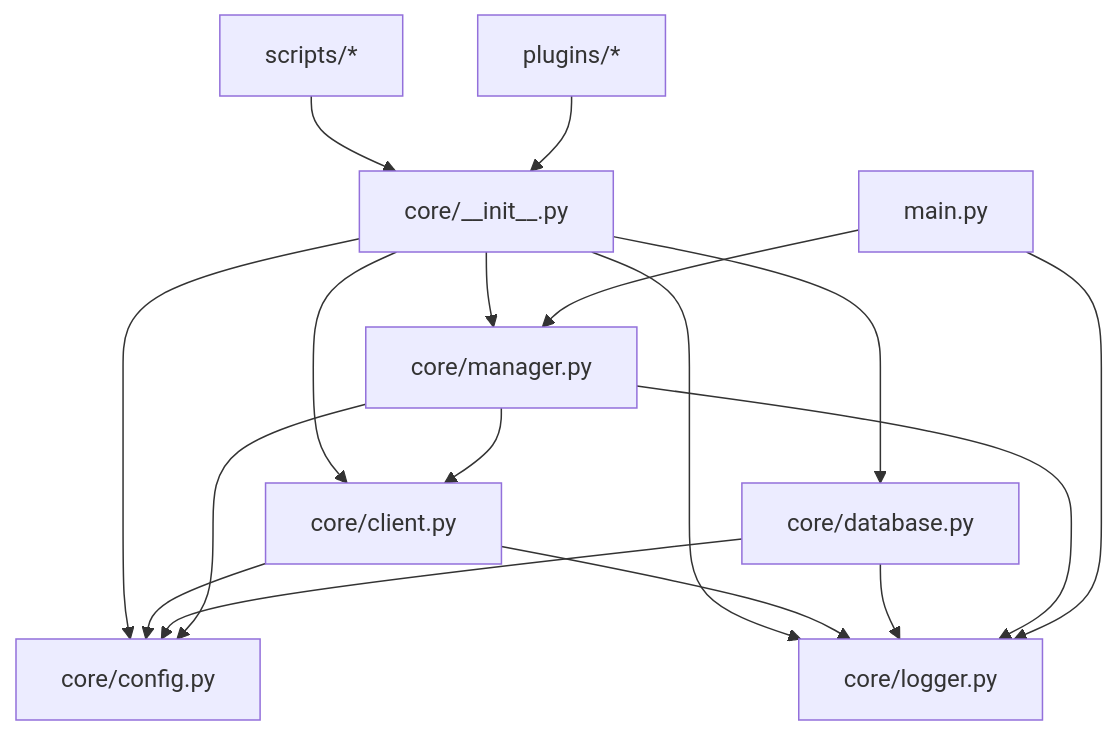
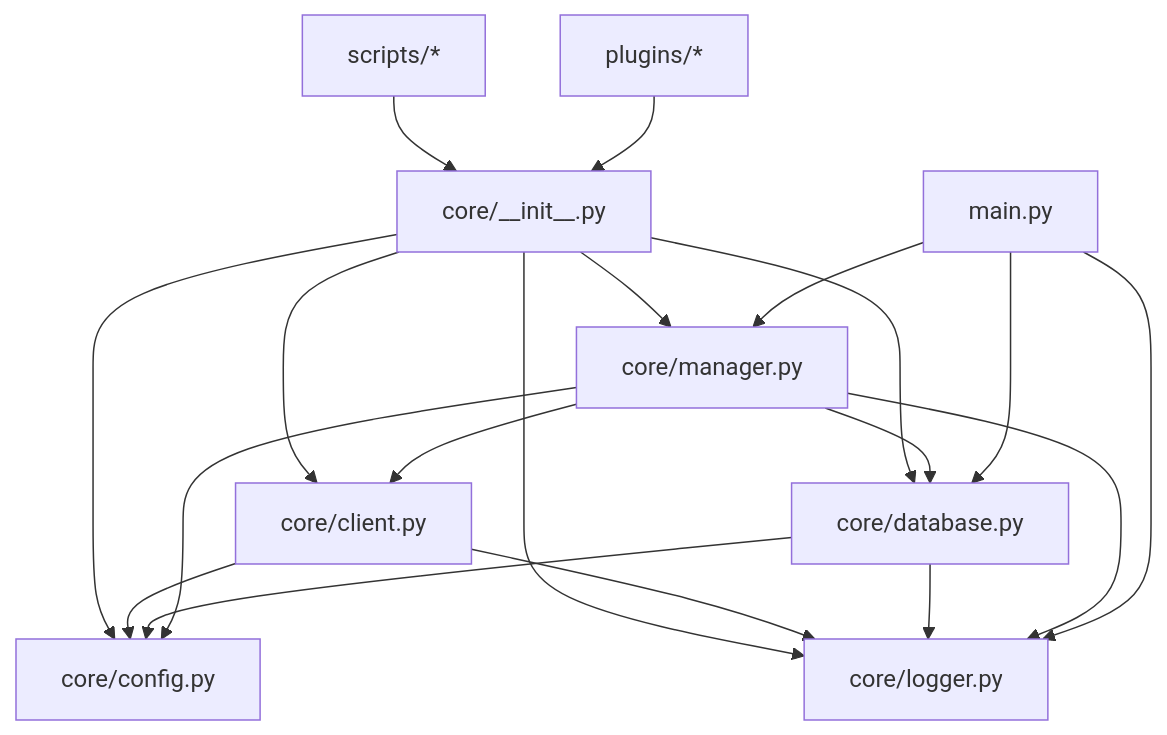
The diagram in ARCHITECTURE.md (yyned2501/tgbot-n), drawn with Mermaid before and after one commit. The commit also changed other lines of this file and 17 other files, not shown here.

````diff
--- a/ARCHITECTURE.md
+++ b/ARCHITECTURE.md
@@ -43,24 +43,26 @@
 ```mermaid
 graph TD
     Main[main.py] --> Manager[core/manager.py]
     Main --> Logger[core/logger.py]
+    Main --> Database[core/database.py]
     
     Manager --> Client[core/client.py]
     Manager --> Config[core/config.py]
+    Manager --> Database
     Manager --> Logger
     
-    Database[core/database.py] --> Config
+    Database --> Config
     Database --> Logger
     
     Client --> Config
     Client --> Logger
     
     Plugins[plugins/*] --> CoreInit[core/__init__.py]
     CoreInit --> Manager
     CoreInit --> Client
     CoreInit --> Config
     CoreInit --> Logger
     CoreInit --> Database
     
     Scripts[scripts/*] --> CoreInit
 ```
````
